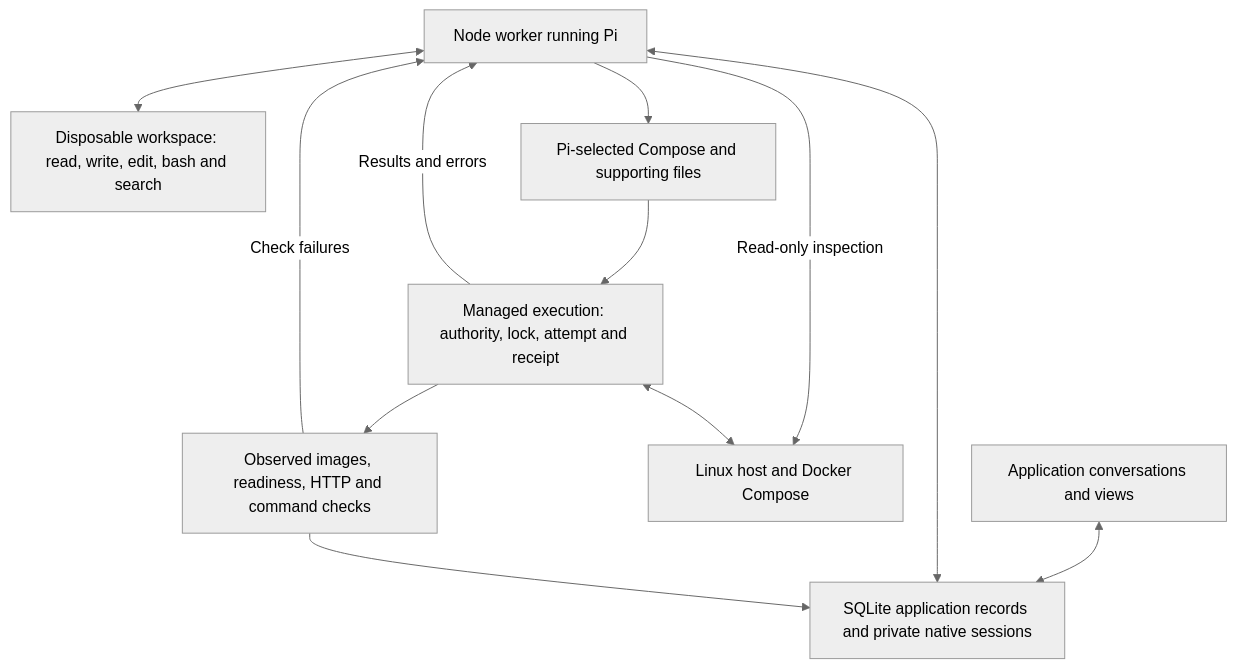
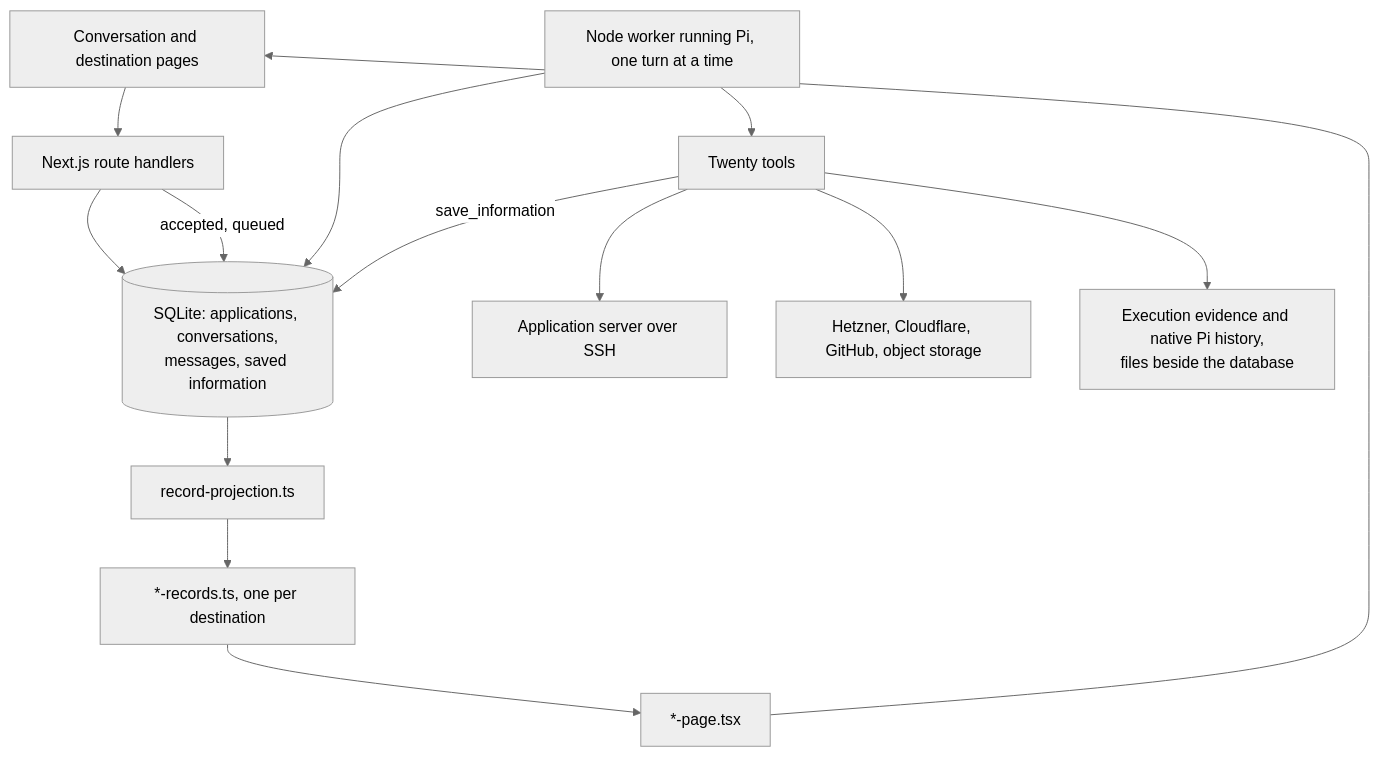
The diagram in docs/architecture.md (lustoykov/hallvi), drawn with Mermaid (neutral theme) before and after one commit. The commit also changed other lines of this file and 8 other files, not shown here.

````diff
--- a/docs/architecture.md
+++ b/docs/architecture.md
@@ -74,14 +22,16 @@
 ```mermaid
 flowchart TD
-    UI[Application conversations and views] <--> Records[SQLite application records and private native sessions]
-    Worker[Node worker running Pi] <--> Records
-    Worker <--> Workspace[Disposable workspace: read, write, edit, bash and search]
-    Worker -->|Read-only inspection| Host
-    Worker --> Artifacts[Pi-selected Compose and supporting files]
-    Artifacts --> Executor[Managed execution: authority, lock, attempt and receipt]
-    Executor <--> Host[Linux host and Docker Compose]
-    Executor --> Evidence[Observed images, readiness, HTTP and command checks]
-    Evidence --> Records
-    Executor -->|Results and errors| Worker
-    Evidence -->|Check failures| Worker
+    UI[Conversation and destination pages] --> API[Next.js route handlers]
+    API --> DB[(SQLite: applications, conversations,<br/>messages, saved information)]
+    API -->|accepted, queued| DB
+    Worker[Node worker running Pi, one turn at a time] --> DB
+    Worker --> Tools[Twenty tools]
+    Tools --> Host[Application server over SSH]
+    Tools --> Providers[Hetzner, Cloudflare, GitHub, object storage]
+    Tools -->|save_information| DB
+    Tools --> Files[Execution evidence and native Pi history,<br/>files beside the database]
+    DB --> Projection[record-projection.ts]
+    Projection --> Records[*-records.ts, one per destination]
+    Records --> Pages[*-page.tsx]
+    Pages --> UI
 ```
````
